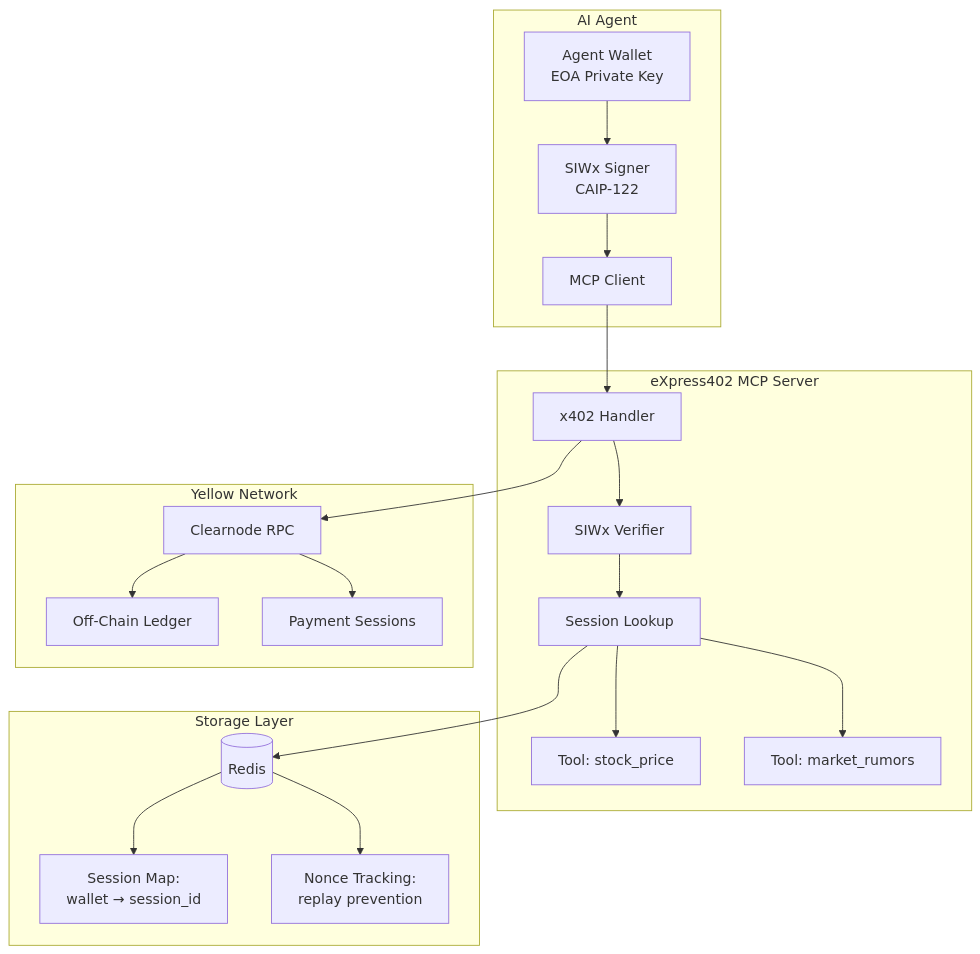
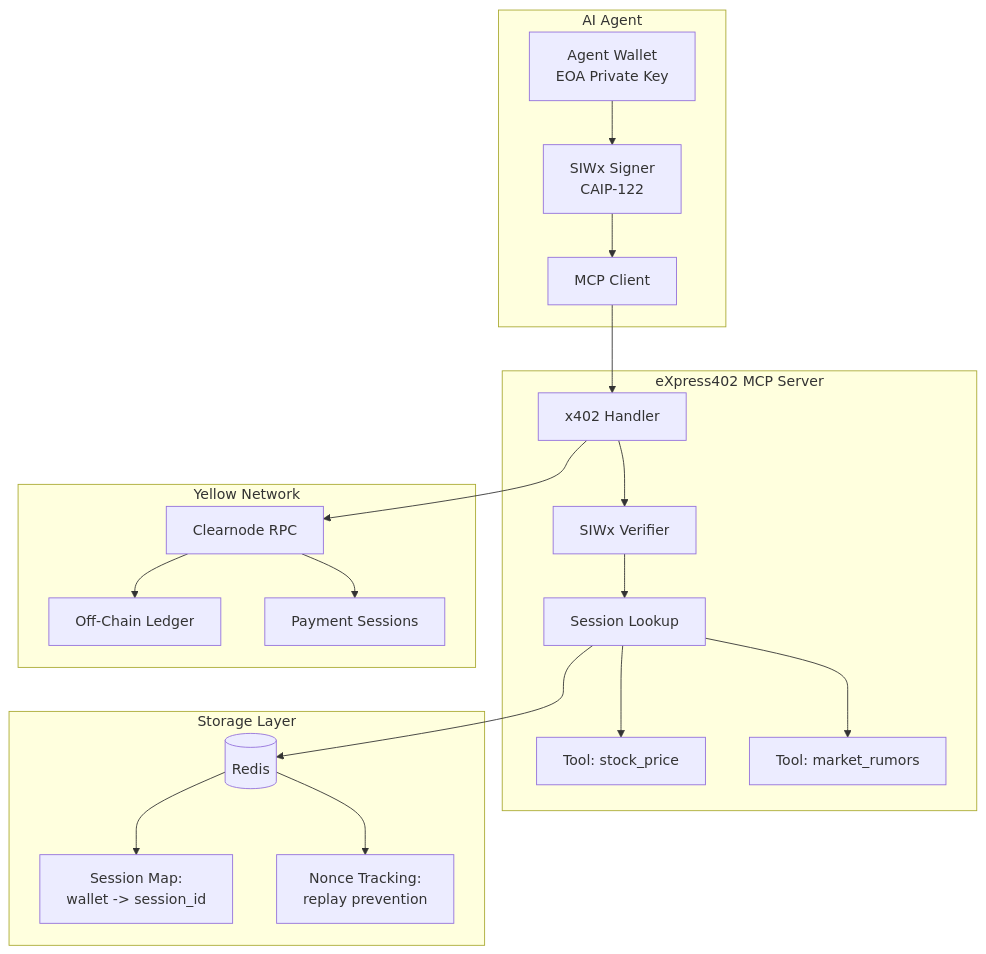
The first of 8 diagrams in docs/HACKATHON-FLOWS.md (vhspace/eXpress402), drawn with Mermaid before and after one commit. The commit also changed other lines of this file, not shown here.

First line of the commit message:
docs: fix Mermaid rendering in hackathon flows

````diff
--- a/docs/HACKATHON-FLOWS.md
+++ b/docs/HACKATHON-FLOWS.md
@@ -25,42 +25,42 @@
 ```mermaid
 graph TB
     subgraph "AI Agent"
         A1[Agent Wallet<br/>EOA Private Key]
         A2[SIWx Signer<br/>CAIP-122]
         A3[MCP Client]
     end
     
     subgraph "eXpress402 MCP Server"
         S1[x402 Handler]
         S2[SIWx Verifier]
         S3[Session Lookup]
         S4[Tool: stock_price]
         S5[Tool: market_rumors]
     end
     
     subgraph "Storage Layer"
         R1[(Redis)]
-        R2[Session Map:<br/>wallet → session_id]
+        R2[Session Map:<br/>wallet -> session_id]
         R3[Nonce Tracking:<br/>replay prevention]
     end
     
     subgraph "Yellow Network"
         Y1[Clearnode RPC]
         Y2[Off-Chain Ledger]
         Y3[Payment Sessions]
     end
     
     A1 --> A2
     A2 --> A3
     A3 --> S1
     S1 --> S2
     S2 --> S3
     S3 --> R1
     R1 --> R2
     R1 --> R3
     S3 --> S4
     S3 --> S5
     S1 --> Y1
     Y1 --> Y2
     Y1 --> Y3
 ```
````
